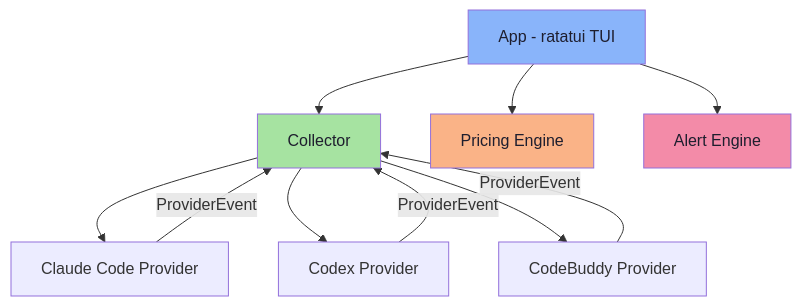
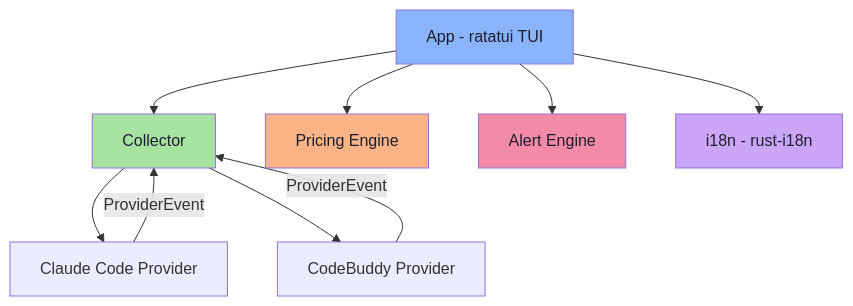
One commit to TtTRz/tokemon changed the diagram in README.md. Above: the diagram before and after it, drawn with Mermaid. The commit also changed other lines of this file and 24 other files, not shown here.

````diff
--- a/README.md
+++ b/README.md
@@ -185,16 +210,16 @@
 ```mermaid
 graph TD
     A[App - ratatui TUI] --> B[Collector]
     B --> C[Claude Code Provider]
-    B --> D[Codex Provider]
-    B --> E[CodeBuddy Provider]
+    B --> D[CodeBuddy Provider]
     A --> F[Pricing Engine]
     A --> G[Alert Engine]
+    A --> H[i18n - rust-i18n]
     C -->|ProviderEvent| B
     D -->|ProviderEvent| B
-    E -->|ProviderEvent| B
     style A fill:#89b4fa,color:#1e1e2e
     style B fill:#a6e3a1,color:#1e1e2e
     style F fill:#fab387,color:#1e1e2e
     style G fill:#f38ba8,color:#1e1e2e
+    style H fill:#cba6f7,color:#1e1e2e
 ```
````
